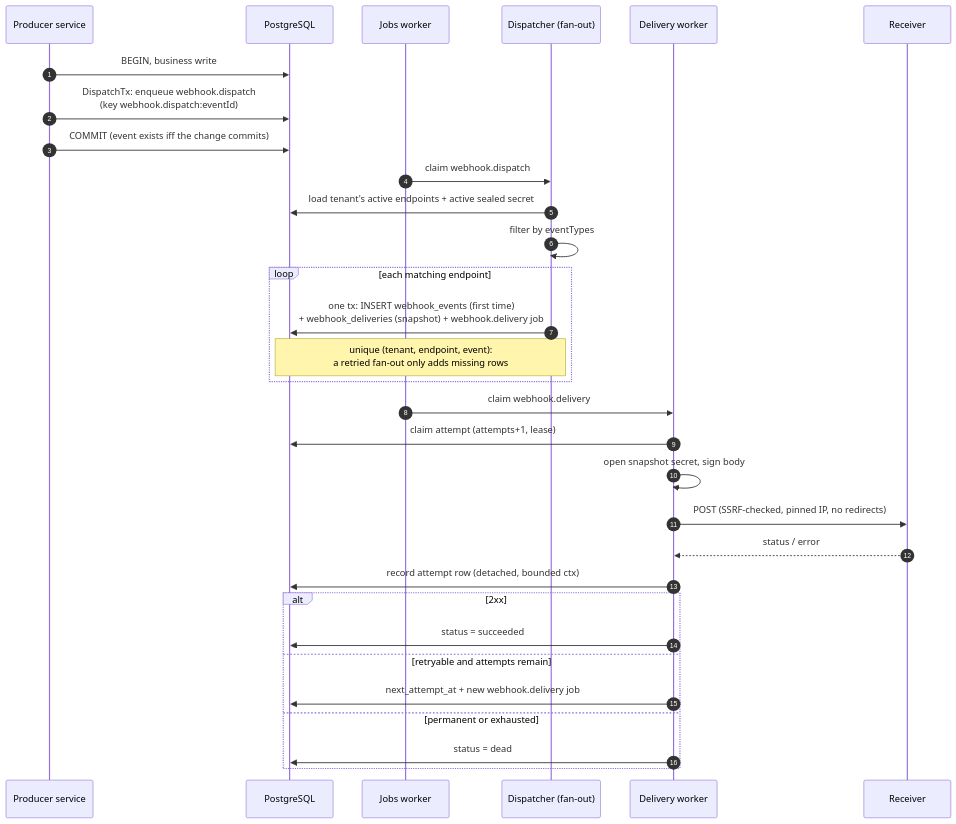
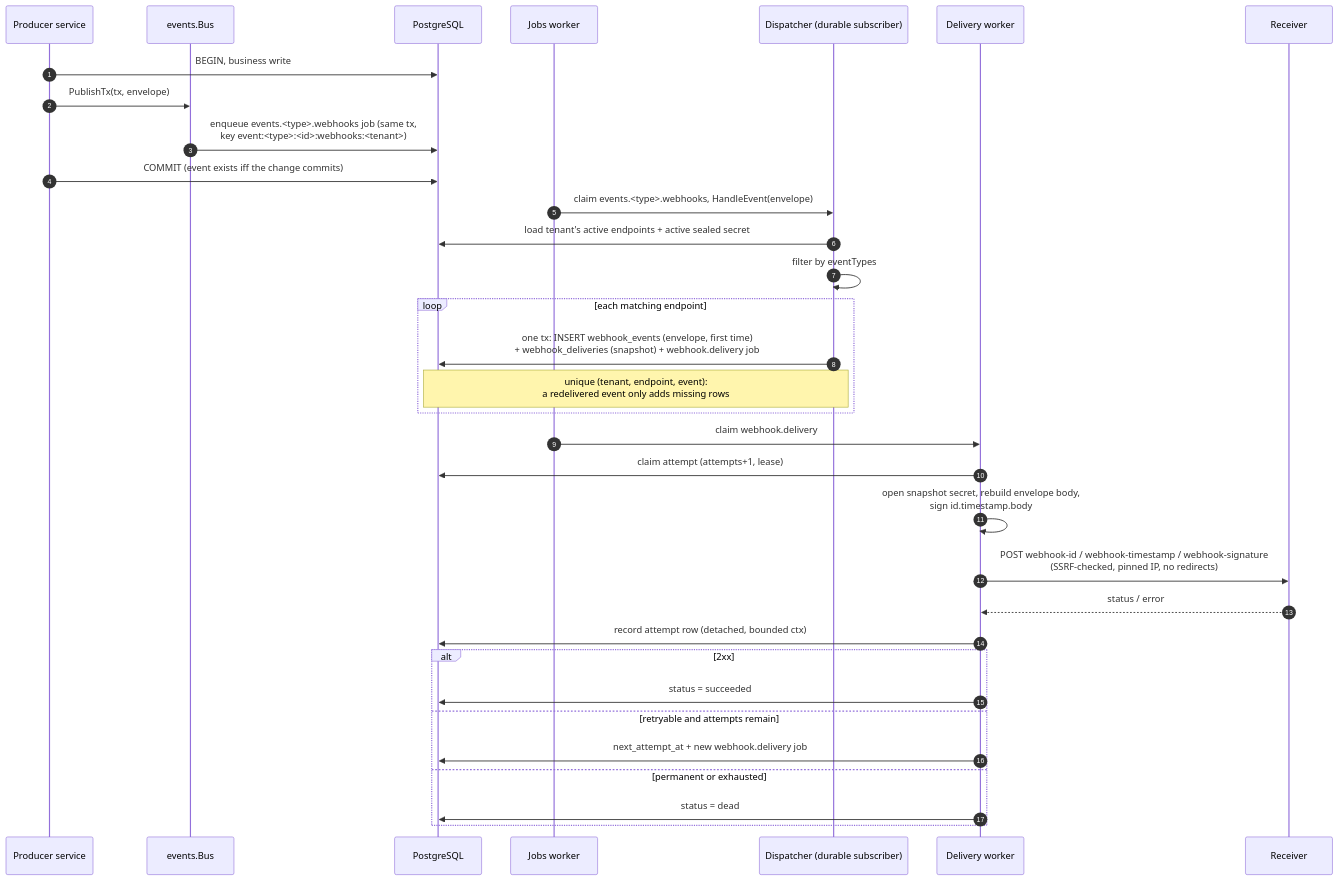
One commit to chuanghiduoc/fiber-golang-boilerplate changed the second of 5 diagrams in docs/webhooks.md. Above: the diagram before and after it, drawn with Mermaid. The commit also changed other lines of this file and 87 other files, not shown here.

First line of the commit message:
feat(events): versioned envelope, Standard Webhooks, idempotency 422

````diff
--- a/docs/webhooks.md
+++ b/docs/webhooks.md
@@ -94,34 +109,36 @@
 ```mermaid
 sequenceDiagram
     autonumber
     participant P as Producer service
+    participant B as events.Bus
     participant DB as PostgreSQL
     participant JW as Jobs worker
-    participant D as Dispatcher (fan-out)
+    participant D as Dispatcher (durable subscriber)
     participant W as Delivery worker
     participant R as Receiver
 
     P->>DB: BEGIN, business write
-    P->>DB: DispatchTx: enqueue webhook.dispatch<br/>(key webhook.dispatch:eventId)
+    P->>B: PublishTx(tx, envelope)
+    B->>DB: enqueue events.<type>.webhooks job (same tx,<br/>key event:<type>:<id>:webhooks:<tenant>)
     P->>DB: COMMIT (event exists iff the change commits)
-    JW->>D: claim webhook.dispatch
+    JW->>D: claim events.<type>.webhooks, HandleEvent(envelope)
     D->>DB: load tenant's active endpoints + active sealed secret
     D->>D: filter by eventTypes
     loop each matching endpoint
-        D->>DB: one tx: INSERT webhook_events (first time)<br/>+ webhook_deliveries (snapshot) + webhook.delivery job
-        Note over D,DB: unique (tenant, endpoint, event):<br/>a retried fan-out only adds missing rows
+        D->>DB: one tx: INSERT webhook_events (envelope, first time)<br/>+ webhook_deliveries (snapshot) + webhook.delivery job
+        Note over D,DB: unique (tenant, endpoint, event):<br/>a redelivered event only adds missing rows
     end
     JW->>W: claim webhook.delivery
     W->>DB: claim attempt (attempts+1, lease)
-    W->>W: open snapshot secret, sign body
-    W->>R: POST (SSRF-checked, pinned IP, no redirects)
+    W->>W: open snapshot secret, rebuild envelope body,<br/>sign id.timestamp.body
+    W->>R: POST webhook-id / webhook-timestamp / webhook-signature<br/>(SSRF-checked, pinned IP, no redirects)
     R-->>W: status / error
     W->>DB: record attempt row (detached, bounded ctx)
     alt 2xx
         W->>DB: status = succeeded
     else retryable and attempts remain
         W->>DB: next_attempt_at + new webhook.delivery job
     else permanent or exhausted
         W->>DB: status = dead
     end
 ```
````
